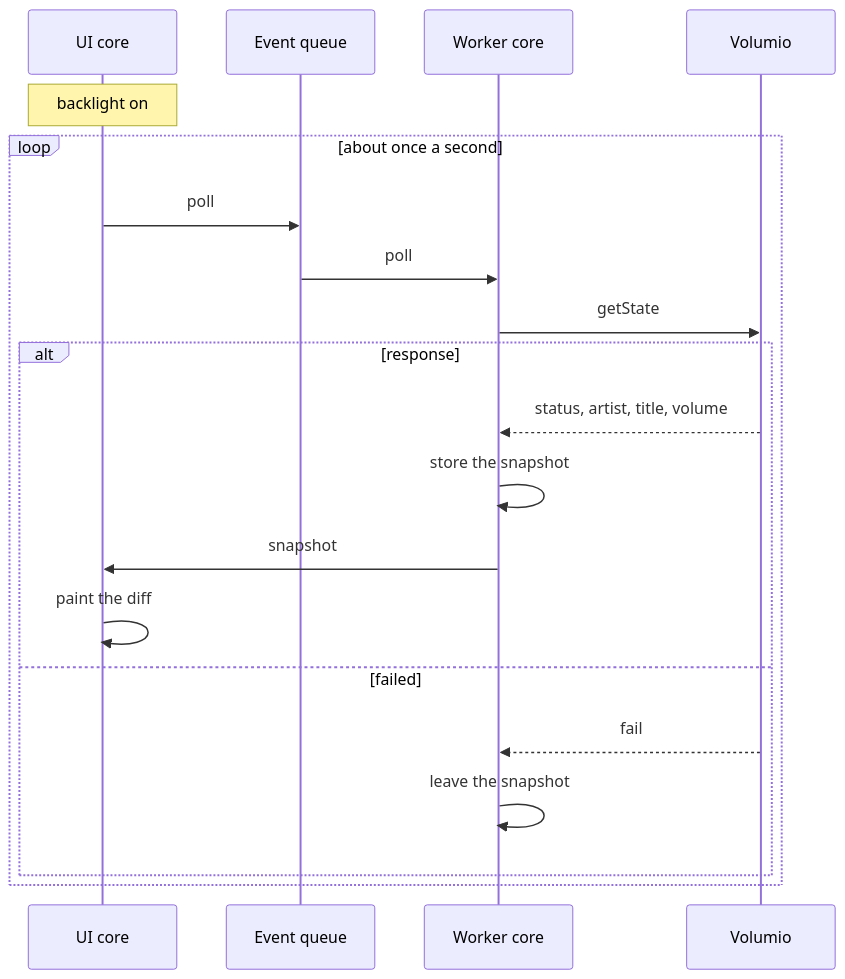
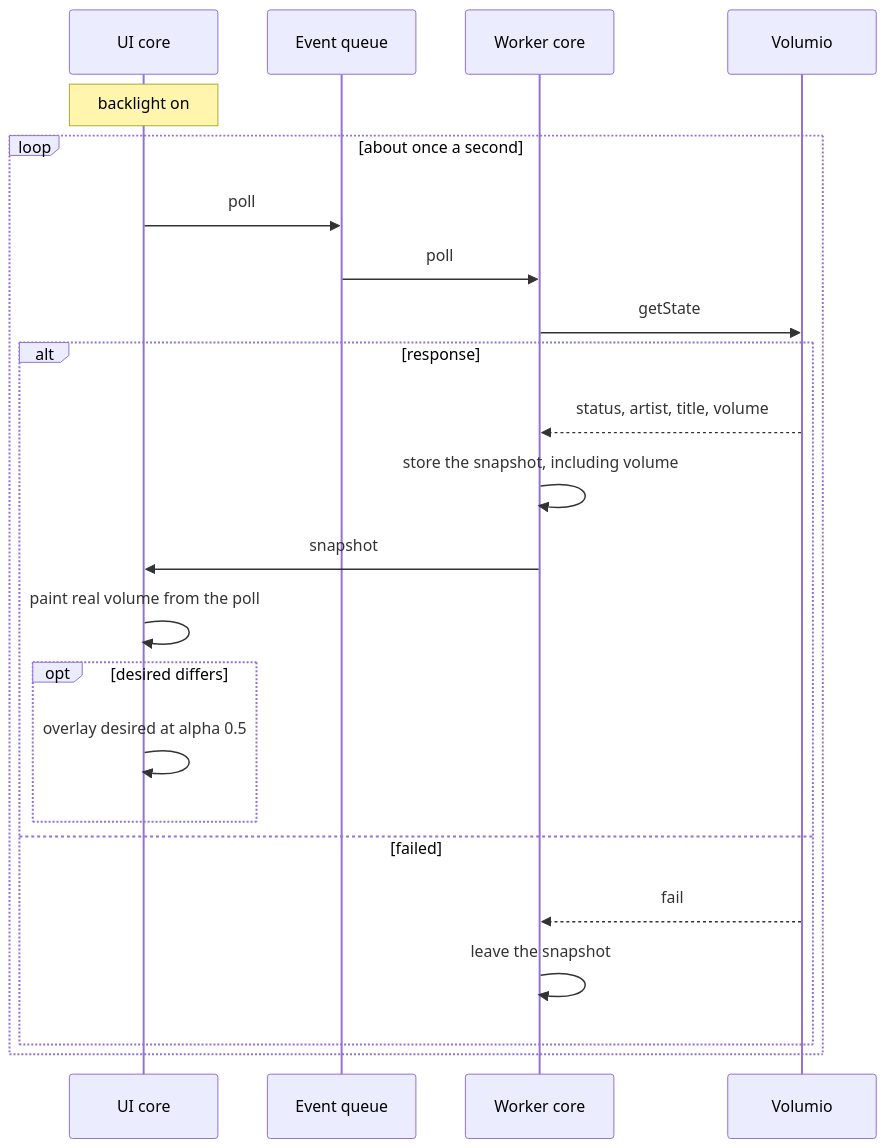
Before and after one commit to jovlinger/utils: the third of 4 diagrams in spinme/DESIGN.md, drawn with Mermaid. The commit also changed other lines of this file, not shown here.

First line of the commit message:
Treat polled volume as truth and overlay the knob target.

````diff
--- a/spinme/DESIGN.md
+++ b/spinme/DESIGN.md
@@ -63,23 +65,26 @@
 ```mermaid
 sequenceDiagram
     participant UI as UI core
     participant Q as Event queue
     participant W as Worker core
     participant V as Volumio
 
     Note over UI: backlight on
     loop about once a second
         UI->>Q: poll
         Q->>W: poll
         W->>V: getState
         alt response
             V-->>W: status, artist, title, volume
-            W->>W: store the snapshot
+            W->>W: store the snapshot, including volume
             W->>UI: snapshot
-            UI->>UI: paint the diff
+            UI->>UI: paint real volume from the poll
+            opt desired differs
+                UI->>UI: overlay desired at alpha 0.5
+            end
         else failed
             V-->>W: fail
             W->>W: leave the snapshot
         end
     end
 ```
````
